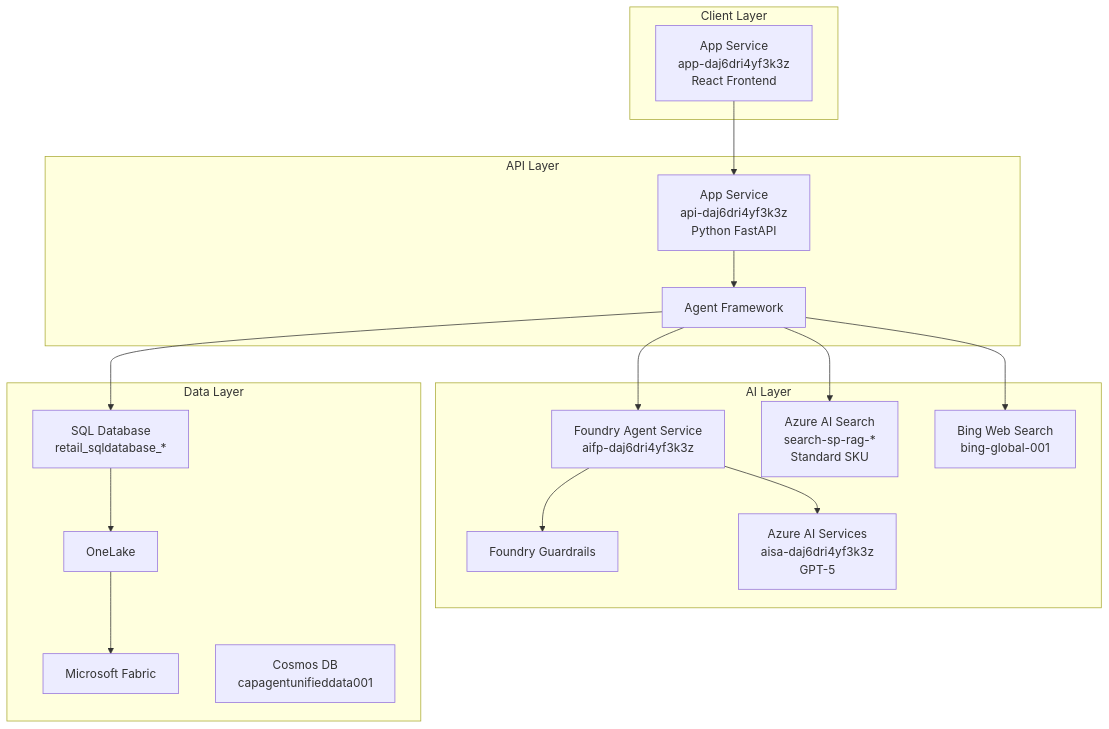
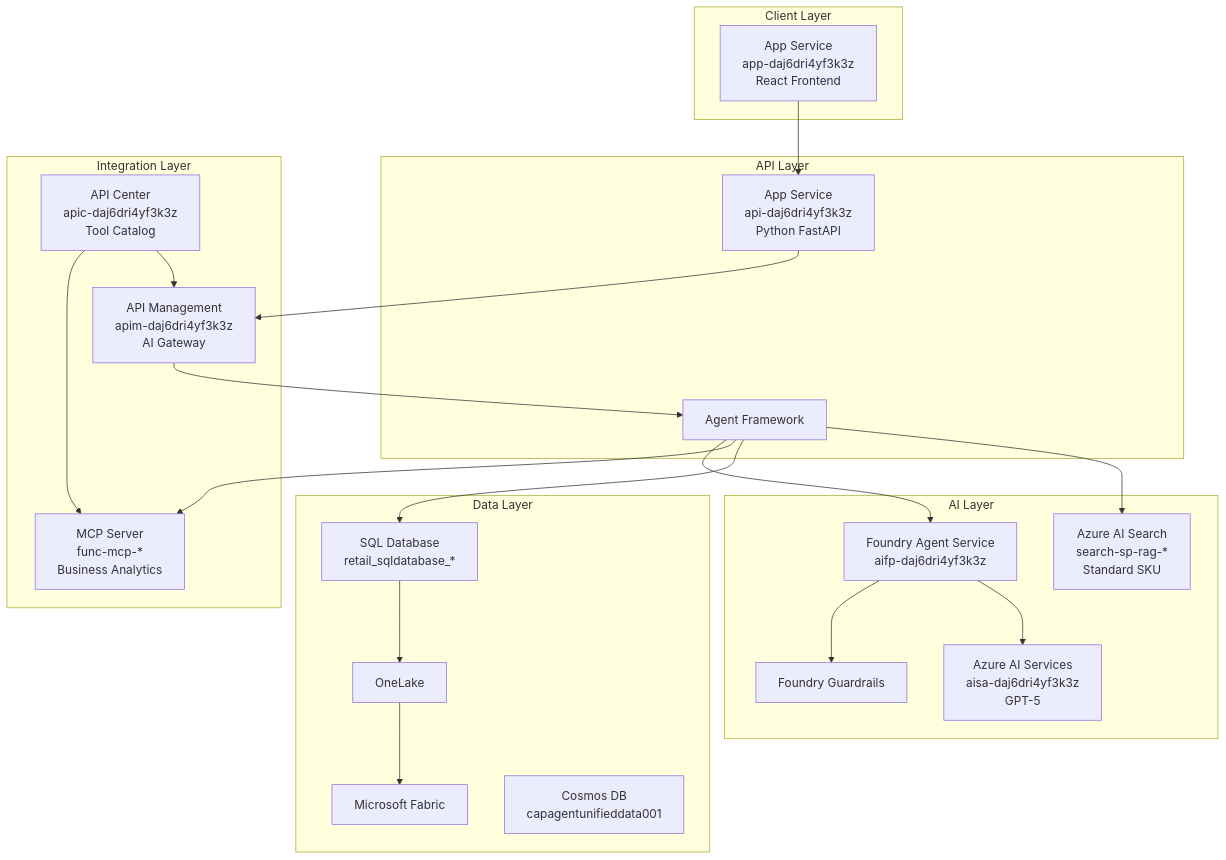
The first of 2 diagrams in ARCHITECTURE.md (naoki1213mj/fabric-foundry-agentic-starter), drawn with Mermaid before and after one commit. The commit also changed other lines of this file and 5 other files, not shown here.

First line of the commit message:
docs: Add API Center, update APIM AI Gateway documentation

````diff
--- a/ARCHITECTURE.md
+++ b/ARCHITECTURE.md
@@ -23,37 +25,45 @@
 ```mermaid
 graph TB
     subgraph Client["Client Layer"]
         WEB["App Service<br/>app-daj6dri4yf3k3z<br/>React Frontend"]
     end
 
     subgraph API["API Layer"]
         ACA["App Service<br/>api-daj6dri4yf3k3z<br/>Python FastAPI"]
         MAF["Agent Framework"]
     end
 
     subgraph AI["AI Layer"]
         FAS["Foundry Agent Service<br/>aifp-daj6dri4yf3k3z"]
         FG["Foundry Guardrails"]
         OAI["Azure AI Services<br/>aisa-daj6dri4yf3k3z<br/>GPT-5"]
         SEARCH["Azure AI Search<br/>search-sp-rag-*<br/>Standard SKU"]
-        BING["Bing Web Search<br/>bing-global-001"]
+    end
+
+    subgraph Integration["Integration Layer"]
+        APIM["API Management<br/>apim-daj6dri4yf3k3z<br/>AI Gateway"]
+        APIC["API Center<br/>apic-daj6dri4yf3k3z<br/>Tool Catalog"]
+        MCP["MCP Server<br/>func-mcp-*<br/>Business Analytics"]
     end
 
     subgraph Data["Data Layer"]
         FABRIC["Microsoft Fabric"]
         SQLDB["SQL Database<br/>retail_sqldatabase_*"]
         ONELAKE["OneLake"]
         COSMOS["Cosmos DB<br/>capagentunifieddata001"]
     end
 
     WEB --> ACA
-    ACA --> MAF
+    ACA --> APIM
+    APIM --> MAF
     MAF --> FAS
     FAS --> FG
     FAS --> OAI
+    MAF --> MCP
     MAF --> SQLDB
     MAF --> SEARCH
-    MAF --> BING
+    APIC --> MCP
+    APIC --> APIM
     SQLDB --> ONELAKE
     ONELAKE --> FABRIC
 ```
````
